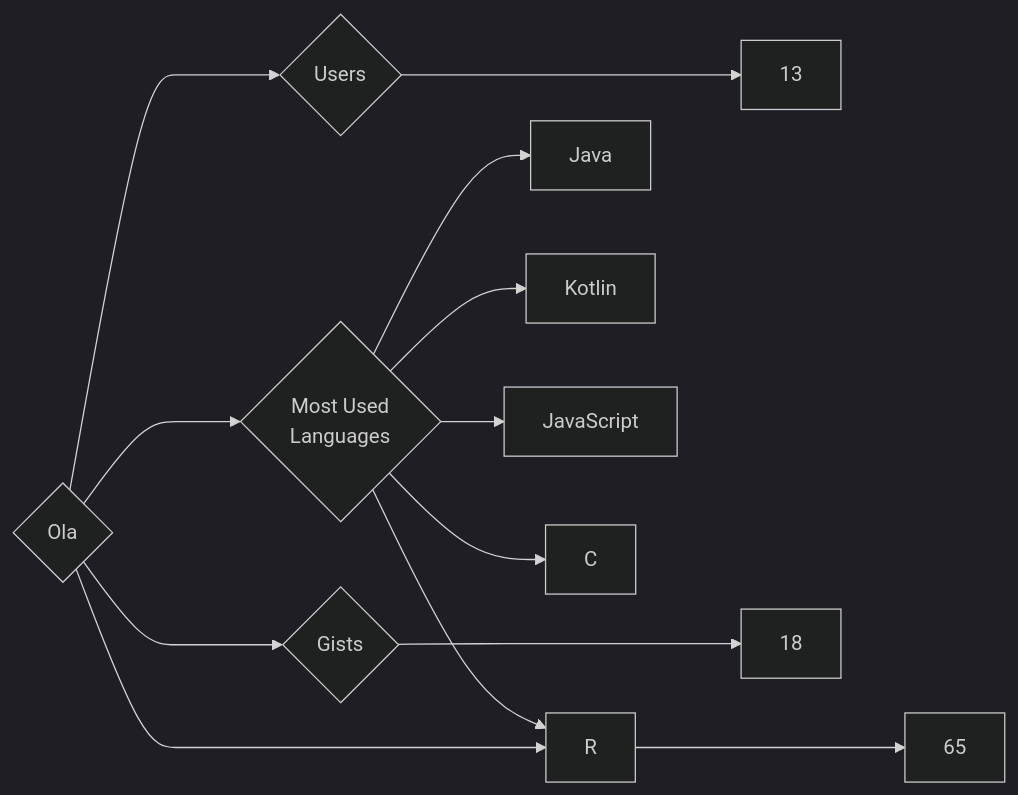
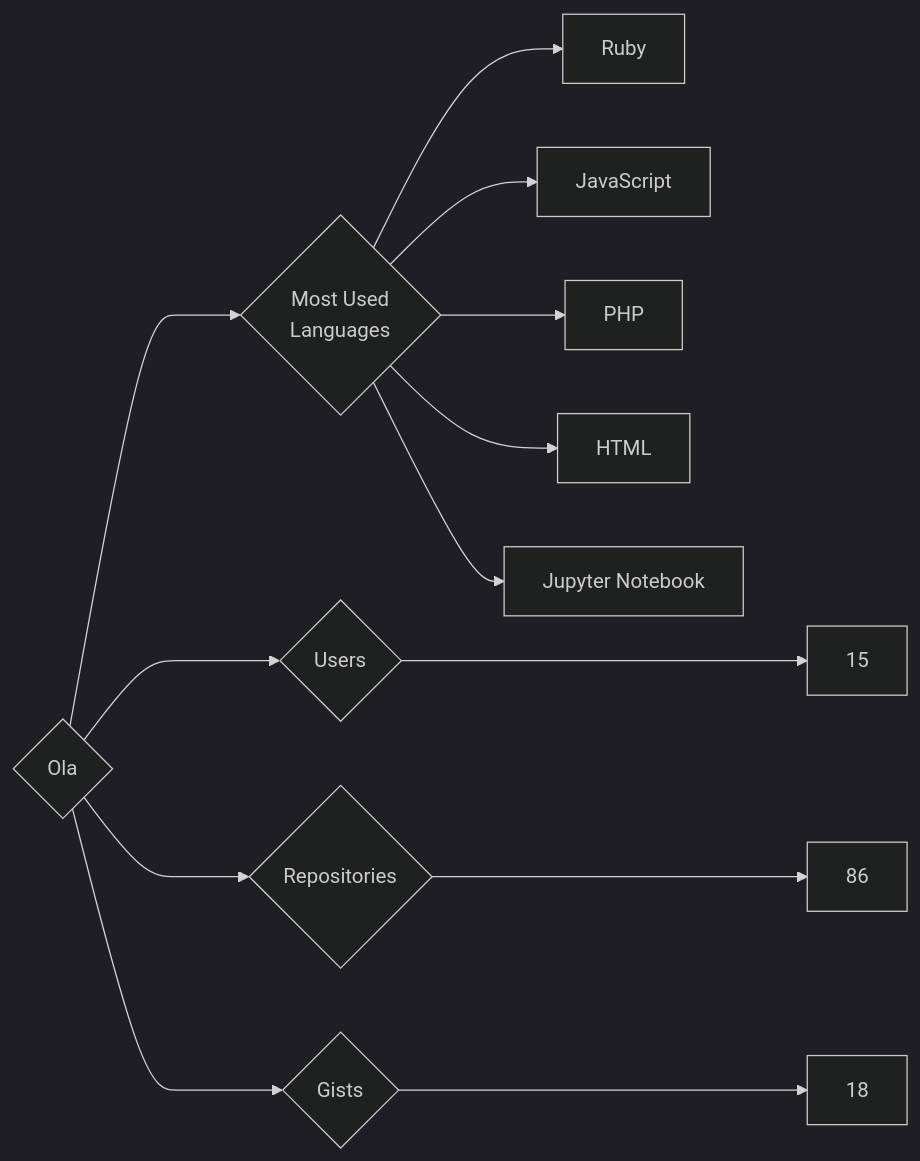
Before and after one commit to trickest/insiders: the diagram in targets/Ola/README.md, drawn with Mermaid (dark theme). The commit also changed 895 other files, not shown here.

````diff
--- a/targets/Ola/README.md
+++ b/targets/Ola/README.md
@@ -3,13 +3,13 @@
 ```mermaid
 graph LR
 COMPANY_NAME{Ola}
-COMPANY_NAME ---> U{Users} ---> UN[13]
-COMPANY_NAME ---> R{Repositories} ---> RN[65]
+COMPANY_NAME ---> U{Users} ---> UN[15]
+COMPANY_NAME ---> R{Repositories} ---> RN[86]
 COMPANY_NAME ---> G{Gists} ---> GN[18]
 COMPANY_NAME ---> ML{Most Used<br>Languages}
-ML --> Java[Java]
-ML --> Kotlin[Kotlin]
+ML --> Ruby[Ruby]
 ML --> JavaScript[JavaScript]
-ML --> C[C]
-ML --> R[R]
+ML --> PHP[PHP]
+ML --> HTML[HTML]
+ML --> Jupyter_Notebook[Jupyter Notebook]
 ```
````
